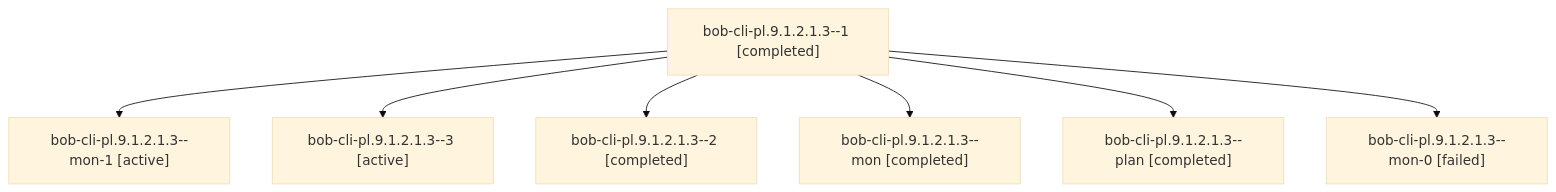
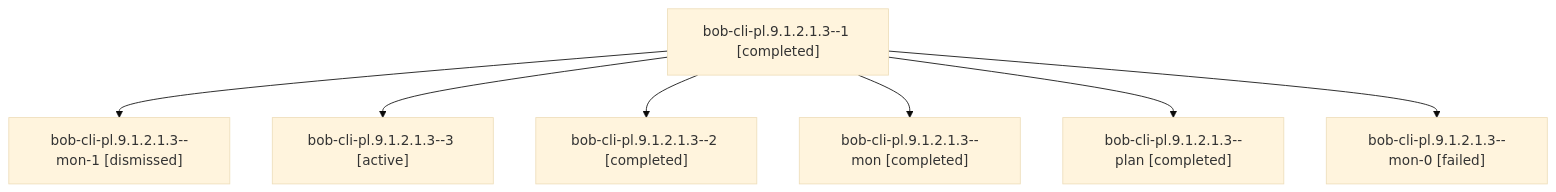
The diagram in sessions/bbugyi200.apollo.bob-cli-pl.9.1.2.1.3.md (bobs-org/bob-cli--agents), drawn with Mermaid (base theme) before and after one commit. The commit also changed other lines of this file and 345 other files, not shown here.

````diff
--- a/sessions/bbugyi200.apollo.bob-cli-pl.9.1.2.1.3.md
+++ b/sessions/bbugyi200.apollo.bob-cli-pl.9.1.2.1.3.md
@@ -9,16 +9,16 @@
 ```mermaid
 flowchart TD
   n0["bob-cli-pl.9.1.2.1.3--1 [completed]"]
-  n1["bob-cli-pl.9.1.2.1.3--mon-1 [active]"]
+  n1["bob-cli-pl.9.1.2.1.3--mon-1 [dismissed]"]
   n0 --> n1
   n2["bob-cli-pl.9.1.2.1.3--3 [active]"]
   n0 --> n2
   n3["bob-cli-pl.9.1.2.1.3--2 [completed]"]
   n0 --> n3
   n4["bob-cli-pl.9.1.2.1.3--mon [completed]"]
   n0 --> n4
   n5["bob-cli-pl.9.1.2.1.3--plan [completed]"]
   n0 --> n5
   n6["bob-cli-pl.9.1.2.1.3--mon-0 [failed]"]
   n0 --> n6
 ```
````
